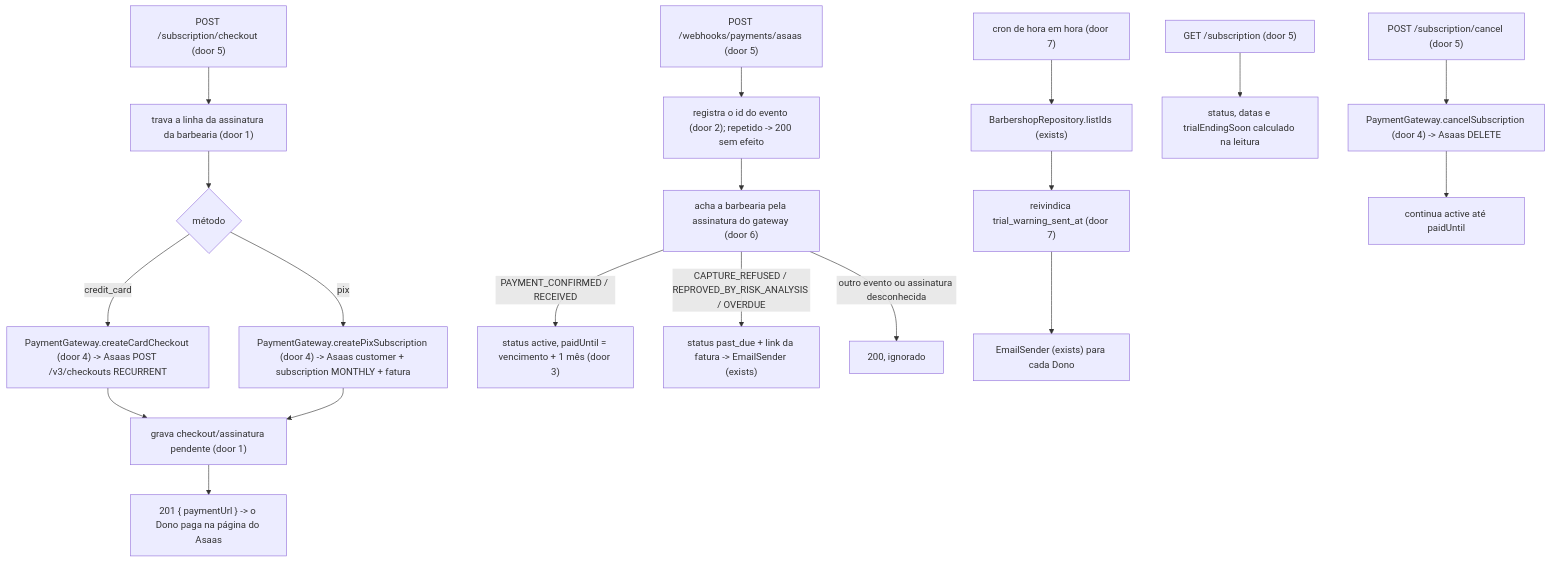
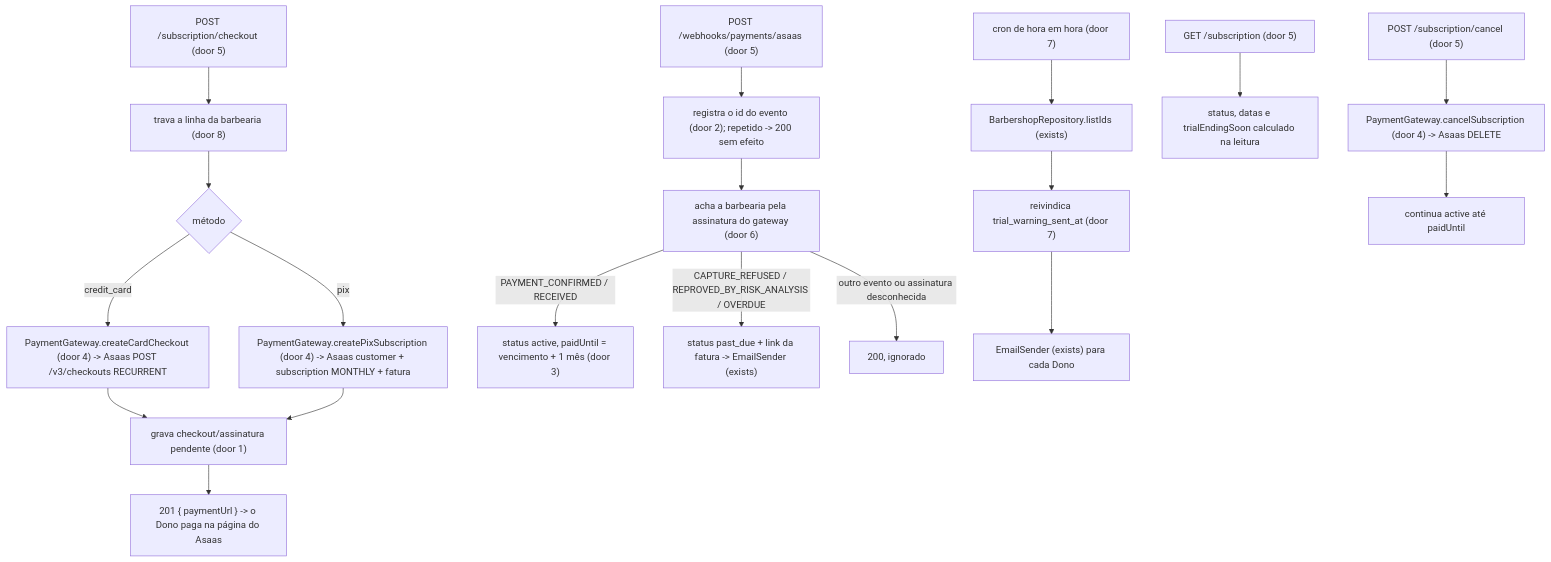
Before and after one commit to edersonrdg/barbershop-appointment-agent: the first of 2 diagrams in .specs/features/us-20-cobranca-recorrente-da-assinatura/plan.md, drawn with Mermaid. The commit also changed other lines of this file and 60 other files, not shown here.

````diff
--- a/.specs/features/us-20-cobranca-recorrente-da-assinatura/plan.md
+++ b/.specs/features/us-20-cobranca-recorrente-da-assinatura/plan.md
@@ -13,22 +13,22 @@
 ```mermaid
 flowchart TD
-    CK["POST /subscription/checkout (door 5)"] --> LOCK["trava a linha da assinatura da barbearia (door 1)"]
+    CK["POST /subscription/checkout (door 5)"] --> LOCK["trava a linha da barbearia (door 8)"]
     LOCK --> M{método}
     M -- credit_card --> CARD["PaymentGateway.createCardCheckout (door 4) -> Asaas POST /v3/checkouts RECURRENT"]
     M -- pix --> PIX["PaymentGateway.createPixSubscription (door 4) -> Asaas customer + subscription MONTHLY + fatura"]
     CARD --> SAVE["grava checkout/assinatura pendente (door 1)"]
     PIX --> SAVE
     SAVE --> URL["201 { paymentUrl } -> o Dono paga na página do Asaas"]
 
     WH["POST /webhooks/payments/asaas (door 5)"] --> DEDUP["registra o id do evento (door 2); repetido -> 200 sem efeito"]
     DEDUP --> TEN["acha a barbearia pela assinatura do gateway (door 6)"]
     TEN -- "PAYMENT_CONFIRMED / RECEIVED" --> ACT["status active, paidUntil = vencimento + 1 mês (door 3)"]
     TEN -- "CAPTURE_REFUSED / REPROVED_BY_RISK_ANALYSIS / OVERDUE" --> FAIL["status past_due + link da fatura -> EmailSender (exists)"]
     TEN -- "outro evento ou assinatura desconhecida" --> IGN["200, ignorado"]
 
     CRON["cron de hora em hora (door 7)"] --> IDS["BarbershopRepository.listIds (exists)"]
     IDS --> CLAIM["reivindica trial_warning_sent_at (door 7)"] --> MAIL["EmailSender (exists) para cada Dono"]
 
     GET["GET /subscription (door 5)"] --> READ["status, datas e trialEndingSoon calculado na leitura"]
     CANCEL["POST /subscription/cancel (door 5)"] --> DEL["PaymentGateway.cancelSubscription (door 4) -> Asaas DELETE"] --> KEEP["continua active até paidUntil"]
 ```
````
